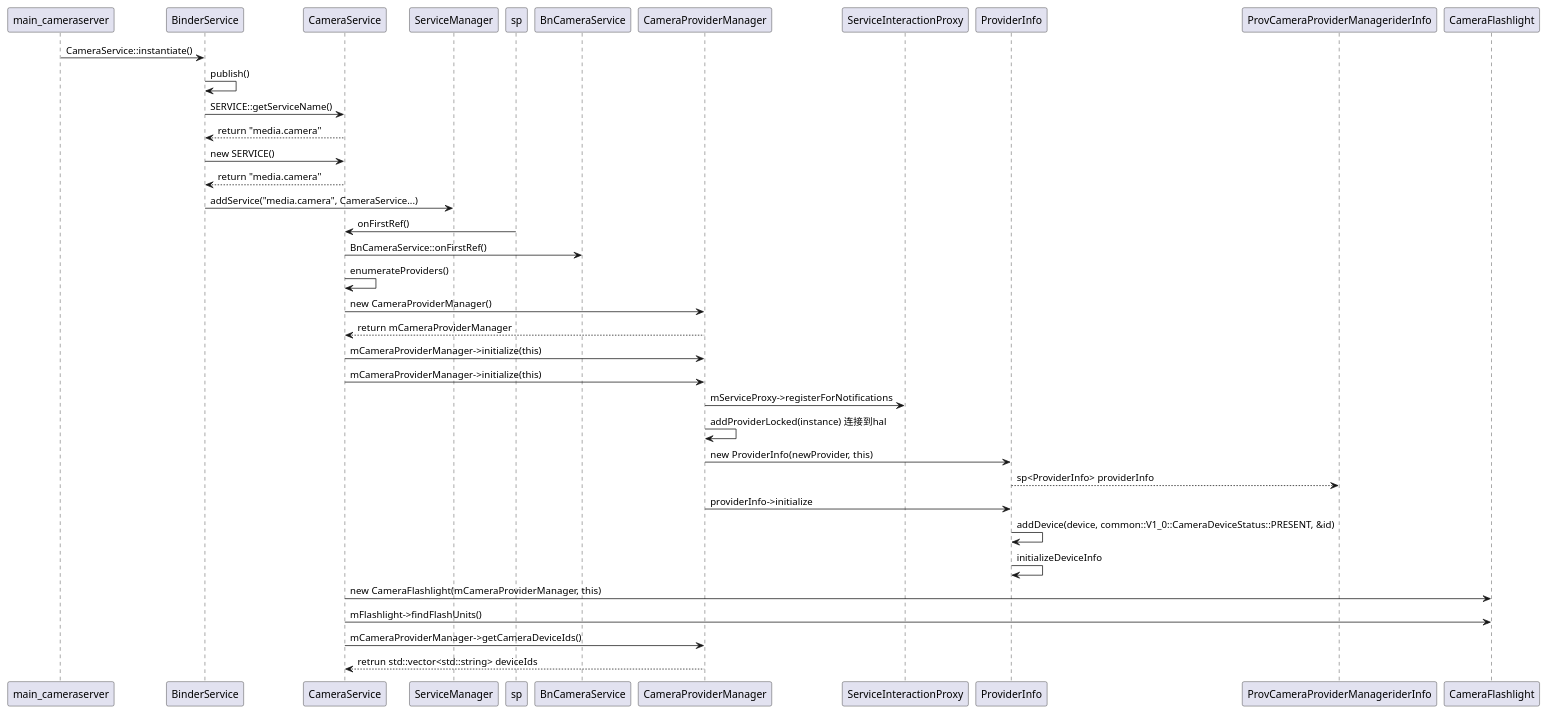
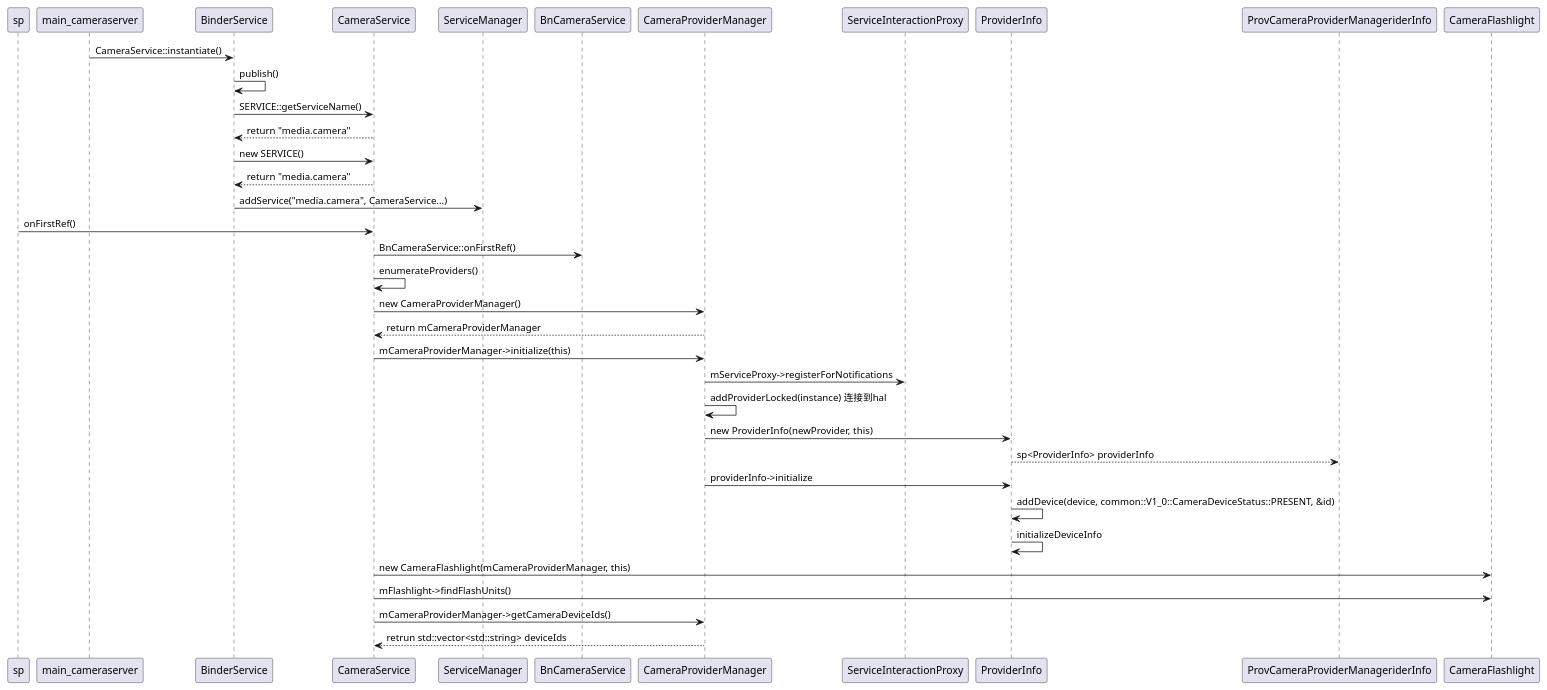
The diagram in doc/camera/cameraservice/CameraServiceInitSeq.puml (anlc/CCamera), drawn with PlantUML before and after one commit. The commit also changed 10 other files, not shown here.

Commit message:
feat: add camera service

```diff
--- a/doc/camera/cameraservice/CameraServiceInitSeq.puml
+++ b/doc/camera/cameraservice/CameraServiceInitSeq.puml
@@ -1,35 +1,36 @@
 @startuml
-'https://plantuml.com/class-diagram
+'https://plantuml.com/sequence-diagram
+
+participant sp
 
 main_cameraserver -> BinderService: CameraService::instantiate()
 BinderService -> BinderService: publish()
 BinderService -> CameraService: SERVICE::getServiceName()
 CameraService --> BinderService: return "media.camera"
 BinderService -> CameraService: new SERVICE()
 CameraService --> BinderService: return "media.camera"
 BinderService -> ServiceManager: addService("media.camera", CameraService...)
 
 sp -> CameraService: onFirstRef()
 CameraService -> BnCameraService: BnCameraService::onFirstRef()
 CameraService -> CameraService: enumerateProviders()
 CameraService -> CameraProviderManager: new CameraProviderManager()
 CameraProviderManager --> CameraService: return mCameraProviderManager
 
-CameraService -> CameraProviderManager: mCameraProviderManager->initialize(this)
 CameraService -> CameraProviderManager: mCameraProviderManager->initialize(this)
 CameraProviderManager -> ServiceInteractionProxy: mServiceProxy->registerForNotifications
 CameraProviderManager -> CameraProviderManager: addProviderLocked(instance) 连接到hal
 CameraProviderManager -> ProviderInfo: new ProviderInfo(newProvider, this)
 ProviderInfo --> ProvCameraProviderManageriderInfo: sp<ProviderInfo> providerInfo
 CameraProviderManager -> ProviderInfo: providerInfo->initialize
 ProviderInfo -> ProviderInfo: addDevice(device, common::V1_0::CameraDeviceStatus::PRESENT, &id)
 ProviderInfo -> ProviderInfo: initializeDeviceInfo
 
 CameraService -> CameraFlashlight: new CameraFlashlight(mCameraProviderManager, this)
 CameraService -> CameraFlashlight: mFlashlight->findFlashUnits()
 
 CameraService -> CameraProviderManager: mCameraProviderManager->getCameraDeviceIds()
 CameraProviderManager --> CameraService: retrun std::vector<std::string> deviceIds
 
 
 @enduml
```
